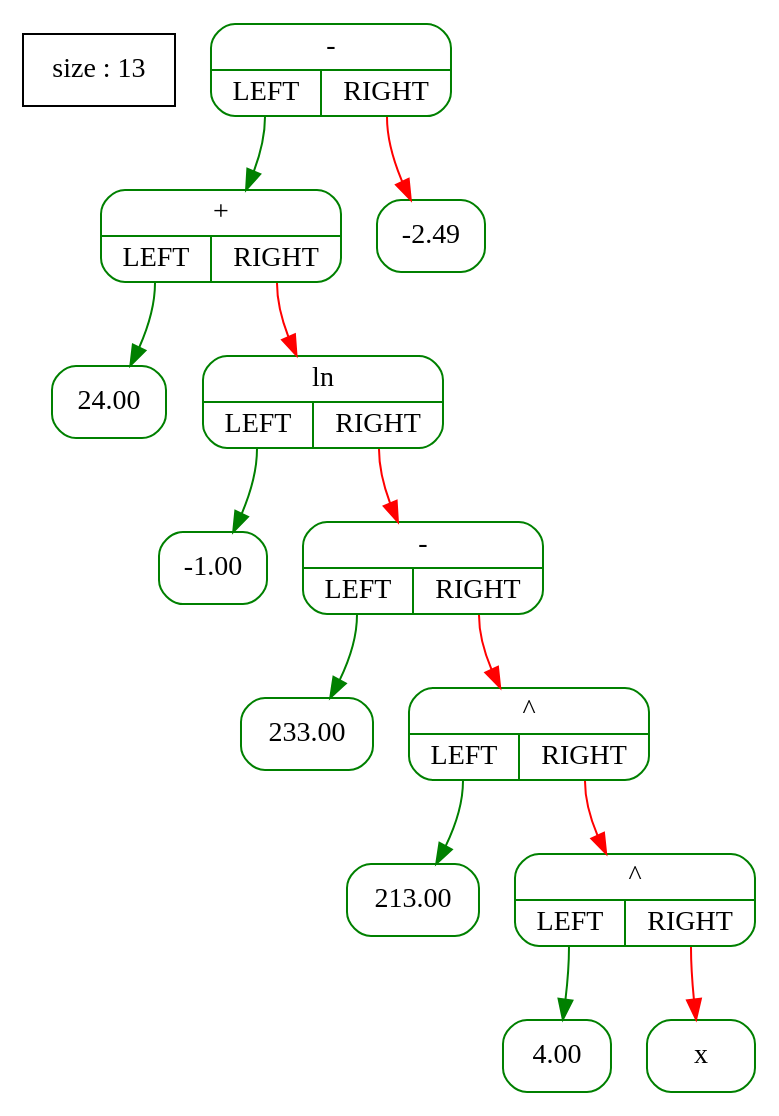
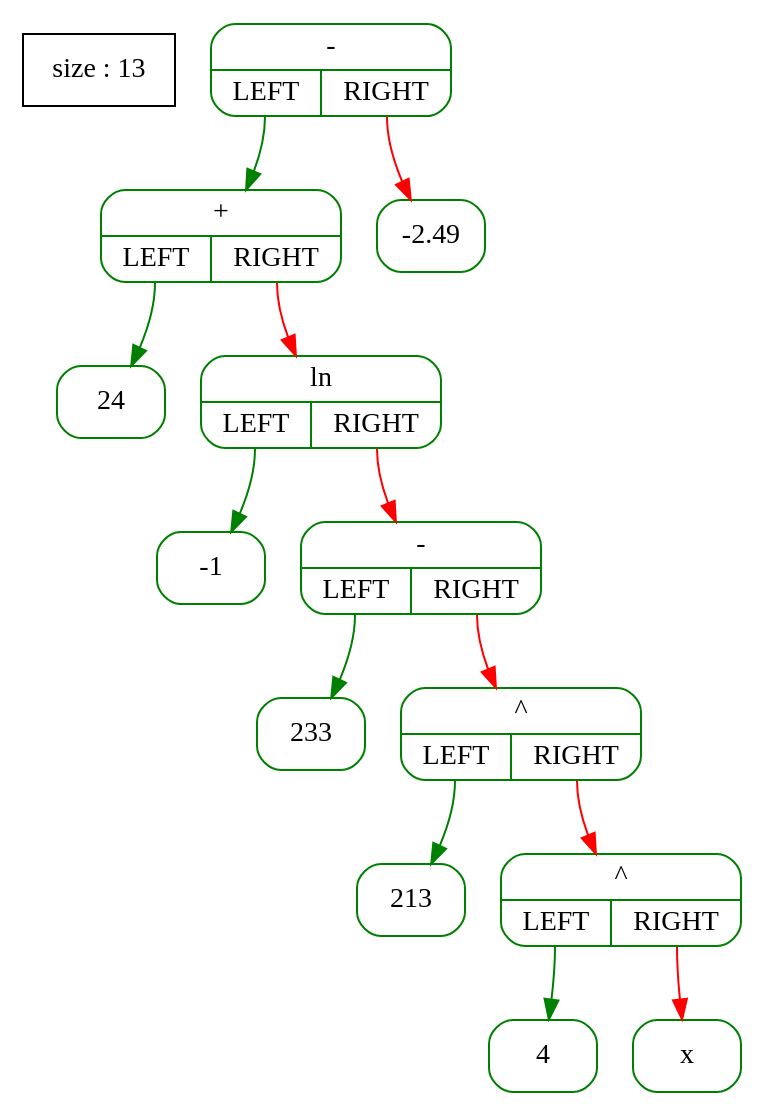
One commit to A-Elbereth-Gilthoniel/Differentiator changed the diagram in files/Tree_graph2.dot. Above: the diagram before and after it, drawn with Graphviz. The commit also changed 21 other files, not shown here.

```diff
--- a/files/Tree_graph2.dot
+++ b/files/Tree_graph2.dot
@@ -1,30 +1,30 @@
 digraph G {                
   tree [shape=box ; stryle=rounded ; label="size : 13"];                
   edge [color=black];                
   node [shape=record ; style=rounded ; color=green];
-14715552 [label="{-|{<YES>LEFT|<NO>RIGHT}}"];
-14714112 [label="{+|{<YES>LEFT|<NO>RIGHT}}"];
-14690040 [label="{24.00}"];
-14714432 [label="{ln|{<YES>LEFT|<NO>RIGHT}}"];
-14689480 [label="{-1.00}"];
-14713752 [label="{-|{<YES>LEFT|<NO>RIGHT}}"];
-14689880 [label="{233.00}"];
-14690200 [label="{^|{<YES>LEFT|<NO>RIGHT}}"];
-14689520 [label="{213.00}"];
-14690000 [label="{^|{<YES>LEFT|<NO>RIGHT}}"];
-14689920 [label="{4.00}"];
-14689960 [label="{x}"];
-14715512 [label="{-2.49}"];
-14715552:<YES> -> 14714112 [color=green];
-14714112:<YES> -> 14690040 [color=green];
-14714112:<NO> -> 14714432 [color=red];
-14714432:<YES> -> 14689480 [color=green];
-14714432:<NO> -> 14713752 [color=red];
-14713752:<YES> -> 14689880 [color=green];
-14713752:<NO> -> 14690200 [color=red];
-14690200:<YES> -> 14689520 [color=green];
-14690200:<NO> -> 14690000 [color=red];
-14690000:<YES> -> 14689920 [color=green];
-14690000:<NO> -> 14689960 [color=red];
-14715552:<NO> -> 14715512 [color=red];
+14973352 [label="{-|{<YES>LEFT|<NO>RIGHT}}"];
+14972072 [label="{+|{<YES>LEFT|<NO>RIGHT}}"];
+14946824 [label="{24}"];
+14972512 [label="{ln|{<YES>LEFT|<NO>RIGHT}}"];
+14947184 [label="{-1}"];
+14972832 [label="{-|{<YES>LEFT|<NO>RIGHT}}"];
+14946864 [label="{233}"];
+14947544 [label="{^|{<YES>LEFT|<NO>RIGHT}}"];
+14947464 [label="{213}"];
+14947304 [label="{^|{<YES>LEFT|<NO>RIGHT}}"];
+14947224 [label="{4}"];
+14947264 [label="{x}"];
+14973312 [label="{-2.49}"];
+14973352:<YES> -> 14972072 [color=green];
+14972072:<YES> -> 14946824 [color=green];
+14972072:<NO> -> 14972512 [color=red];
+14972512:<YES> -> 14947184 [color=green];
+14972512:<NO> -> 14972832 [color=red];
+14972832:<YES> -> 14946864 [color=green];
+14972832:<NO> -> 14947544 [color=red];
+14947544:<YES> -> 14947464 [color=green];
+14947544:<NO> -> 14947304 [color=red];
+14947304:<YES> -> 14947224 [color=green];
+14947304:<NO> -> 14947264 [color=red];
+14973352:<NO> -> 14973312 [color=red];
 }
```
